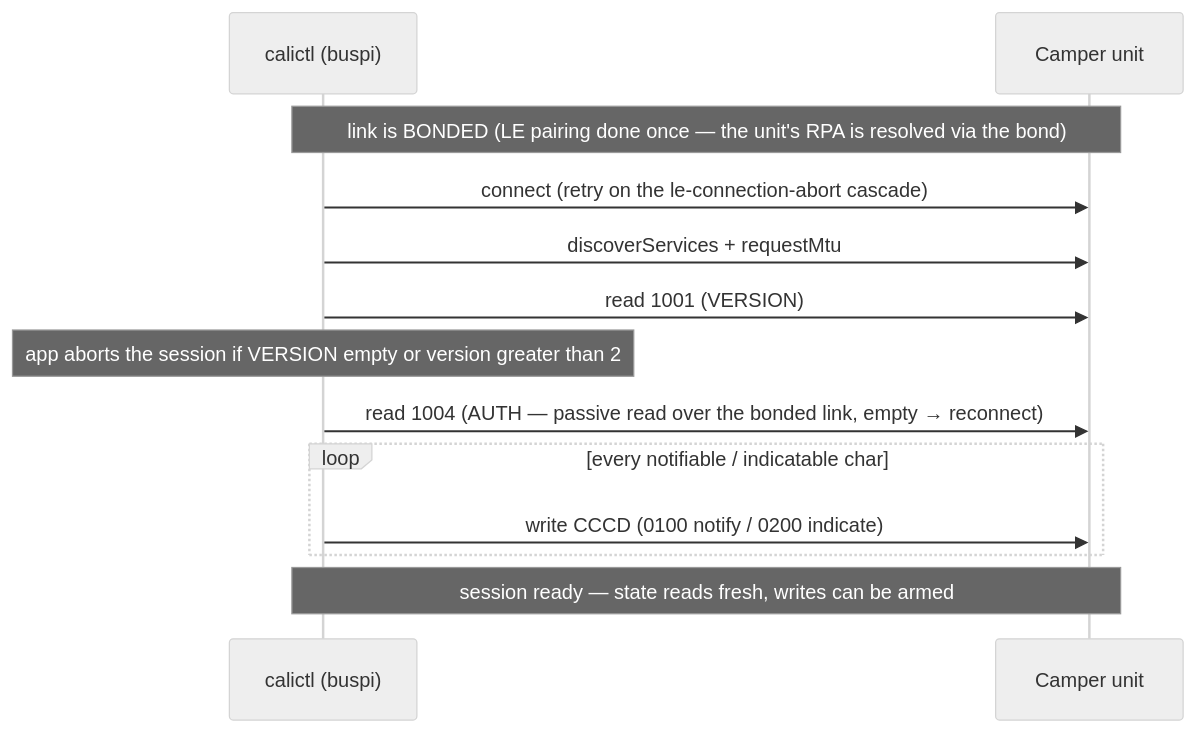
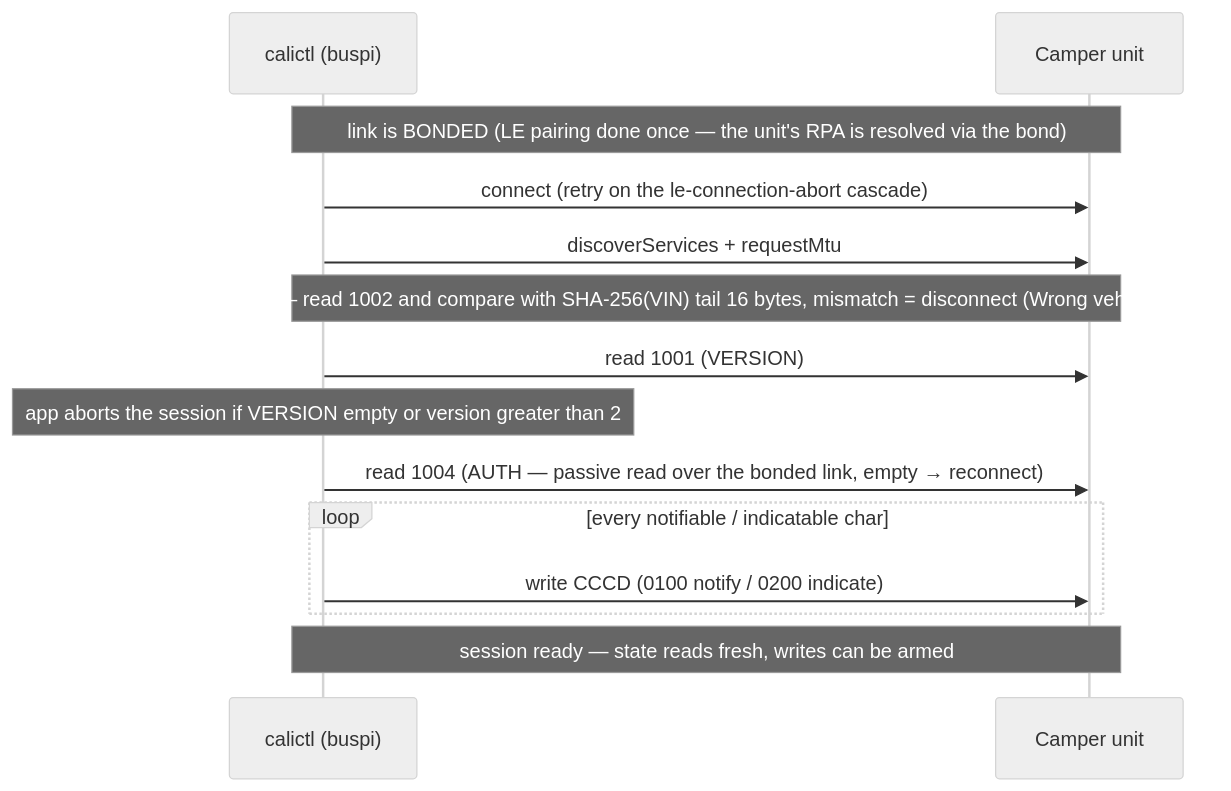
Before and after one commit to ckeller42/open-california: the first of 8 diagrams in docs/protocol-sequences.rst, drawn with Mermaid (neutral theme). The commit also changed other lines of this file and 6 other files, not shown here.

```diff
--- a/docs/protocol-sequences.rst
+++ b/docs/protocol-sequences.rst
@@ -38,15 +43,16 @@
 .. mermaid::
 
     sequenceDiagram
         participant C as calictl (buspi)
         participant U as Camper unit
         Note over C,U: link is BONDED (LE pairing done once — the unit's RPA is resolved via the bond)
         C->>U: connect (retry on the le-connection-abort cascade)
         C->>U: discoverServices + requestMtu
+        Note over C,U: app only — read 1002 and compare with SHA-256(VIN) tail 16 bytes, mismatch = disconnect (Wrong vehicle found)
         C->>U: read 1001 (VERSION)
         Note over C: app aborts the session if VERSION empty or version greater than 2
         C->>U: read 1004 (AUTH — passive read over the bonded link, empty → reconnect)
         loop every notifiable / indicatable char
             C->>U: write CCCD (0100 notify / 0200 indicate)
         end
         Note over C,U: session ready — state reads fresh, writes can be armed
```
